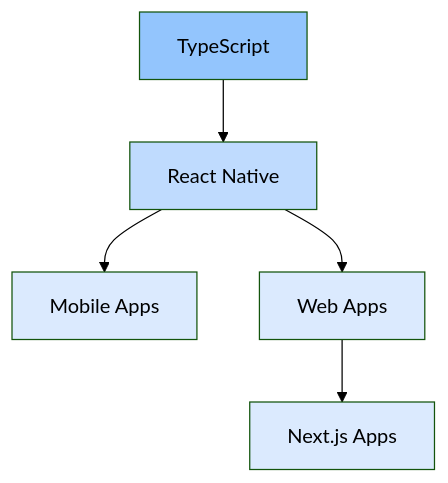
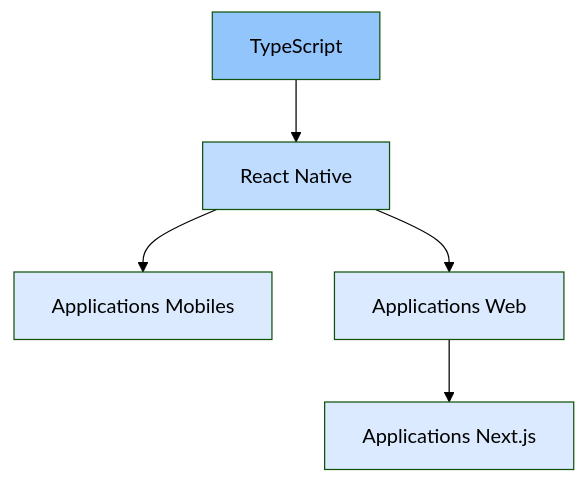
The tenth of 11 diagrams in slides.md (mianala/rn-intro-slides), drawn with Mermaid (forest theme) before and after one commit. The commit also changed other lines of this file and 354 other files, not shown here.

````diff
--- a/slides.md
+++ b/slides.md
@@ -998,13 +1226,13 @@
 ```mermaid {theme: 'neutral', scale: 0.8}
 graph TD
     TS["TypeScript"] --> RN["React Native"]
-    RN --> Mobile["Mobile Apps"]
-    RN --> Web["Web Apps"]
-    Web --> Next["Next.js Apps"]
-    
+    RN --> Mobile["Applications Mobiles"]
+    RN --> Web["Applications Web"]
+    Web --> Next["Applications Next.js"]
+
     style TS fill:#93c5fd
     style RN fill:#bfdbfe
     style Mobile fill:#dbeafe
     style Web fill:#dbeafe
     style Next fill:#dbeafe
 ```
````
